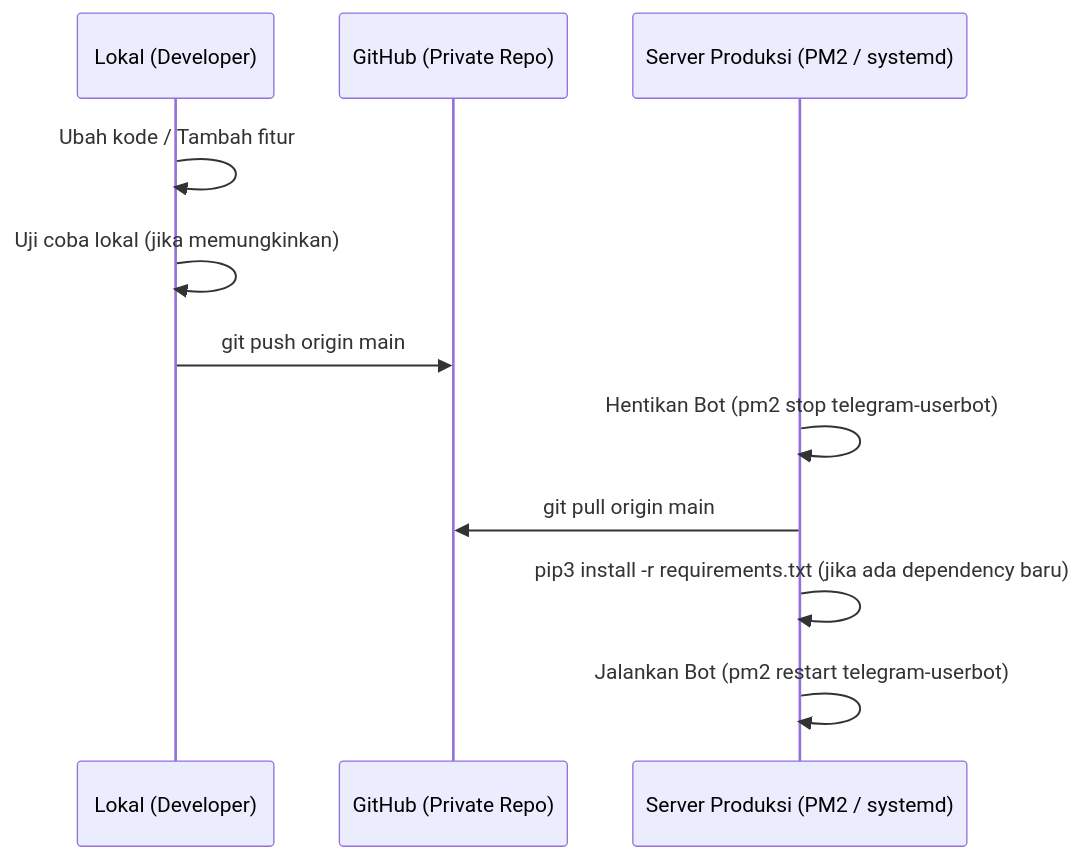
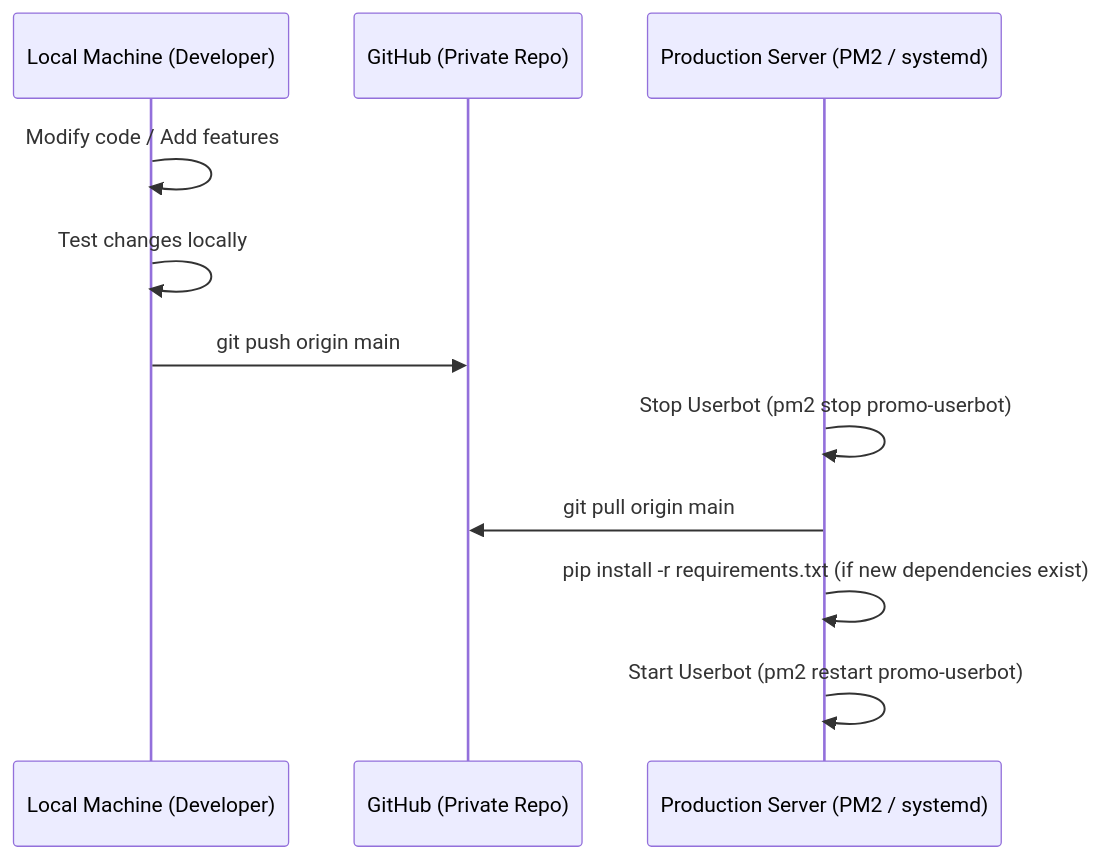
Before and after one commit to andhikkadd/telethon: the diagram in GITHUB_WORKFLOW.md, drawn with Mermaid. The commit also changed other lines of this file and 6 other files, not shown here.

````diff
--- a/GITHUB_WORKFLOW.md
+++ b/GITHUB_WORKFLOW.md
@@ -9,14 +9,14 @@
 ```mermaid
 sequenceDiagram
-    participant Dev as Lokal (Developer)
+    participant Dev as Local Machine (Developer)
     participant Git as GitHub (Private Repo)
-    participant Server as Server Produksi (PM2 / systemd)
+    participant Server as Production Server (PM2 / systemd)
     
-    Dev->>Dev: Ubah kode / Tambah fitur
-    Dev->>Dev: Uji coba lokal (jika memungkinkan)
+    Dev->>Dev: Modify code / Add features
+    Dev->>Dev: Test changes locally
     Dev->>Git: git push origin main
-    Server->>Server: Hentikan Bot (pm2 stop telegram-userbot)
+    Server->>Server: Stop Userbot (pm2 stop promo-userbot)
     Server->>Git: git pull origin main
-    Server->>Server: pip3 install -r requirements.txt (jika ada dependency baru)
-    Server->>Server: Jalankan Bot (pm2 restart telegram-userbot)
+    Server->>Server: pip install -r requirements.txt (if new dependencies exist)
+    Server->>Server: Start Userbot (pm2 restart promo-userbot)
 ```
````
